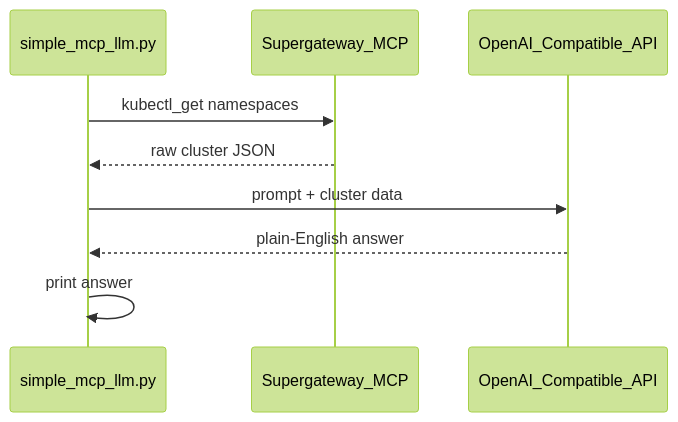
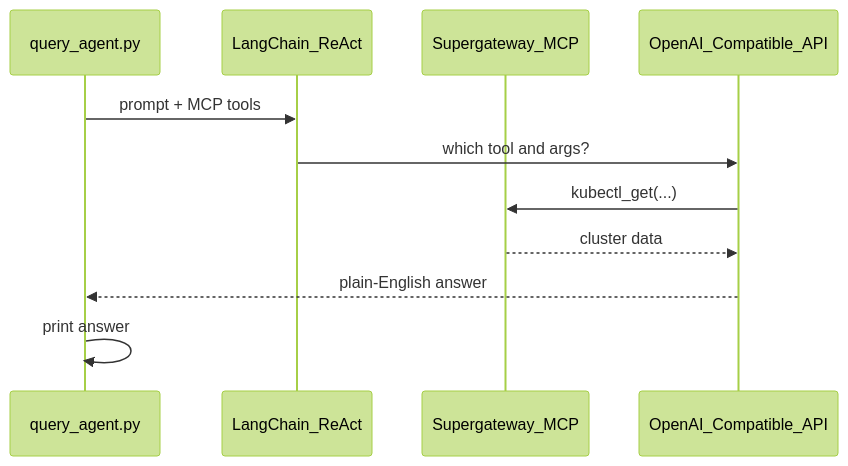
One commit to learnwithraghu/k8-finops-agent changed the diagram in sections/06-mcp-data-agent/0_guide.md. Above: the diagram before and after it, drawn with Mermaid (forest theme). The commit also changed other lines of this file and 29 other files, not shown here.

First line of the commit message:
Refactor Section 06 into LangChain query and snapshot scripts.

````diff
--- a/sections/06-mcp-data-agent/0_guide.md
+++ b/sections/06-mcp-data-agent/0_guide.md
@@ -13,12 +13,14 @@
 ```mermaid
 sequenceDiagram
-    participant Script as simple_mcp_llm.py
+    participant Script as query_agent.py
+    participant LC as LangChain_ReAct
     participant MCP as Supergateway_MCP
     participant LLM as OpenAI_Compatible_API
 
-    Script->>MCP: kubectl_get namespaces
-    MCP-->>Script: raw cluster JSON
-    Script->>LLM: prompt + cluster data
+    Script->>LC: prompt + MCP tools
+    LC->>LLM: which tool and args?
+    LLM->>MCP: kubectl_get(...)
+    MCP-->>LLM: cluster data
     LLM-->>Script: plain-English answer
     Script->>Script: print answer
 ```
````
